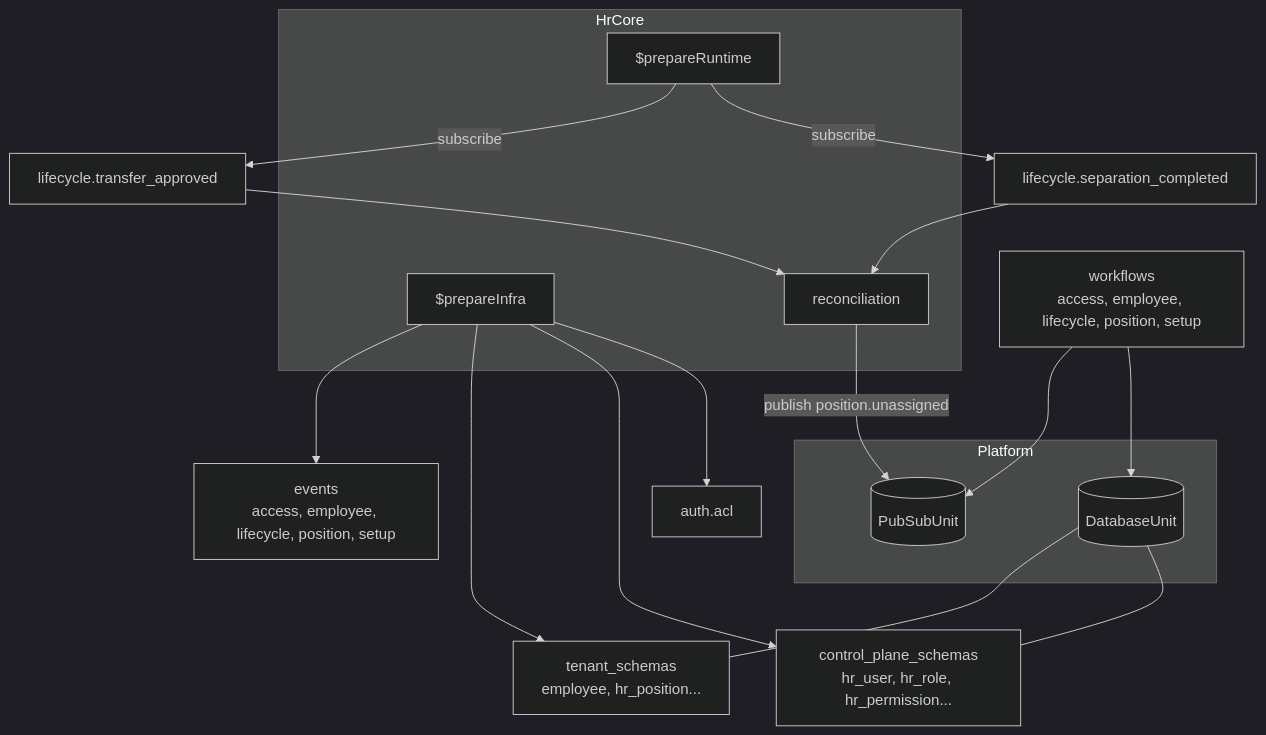
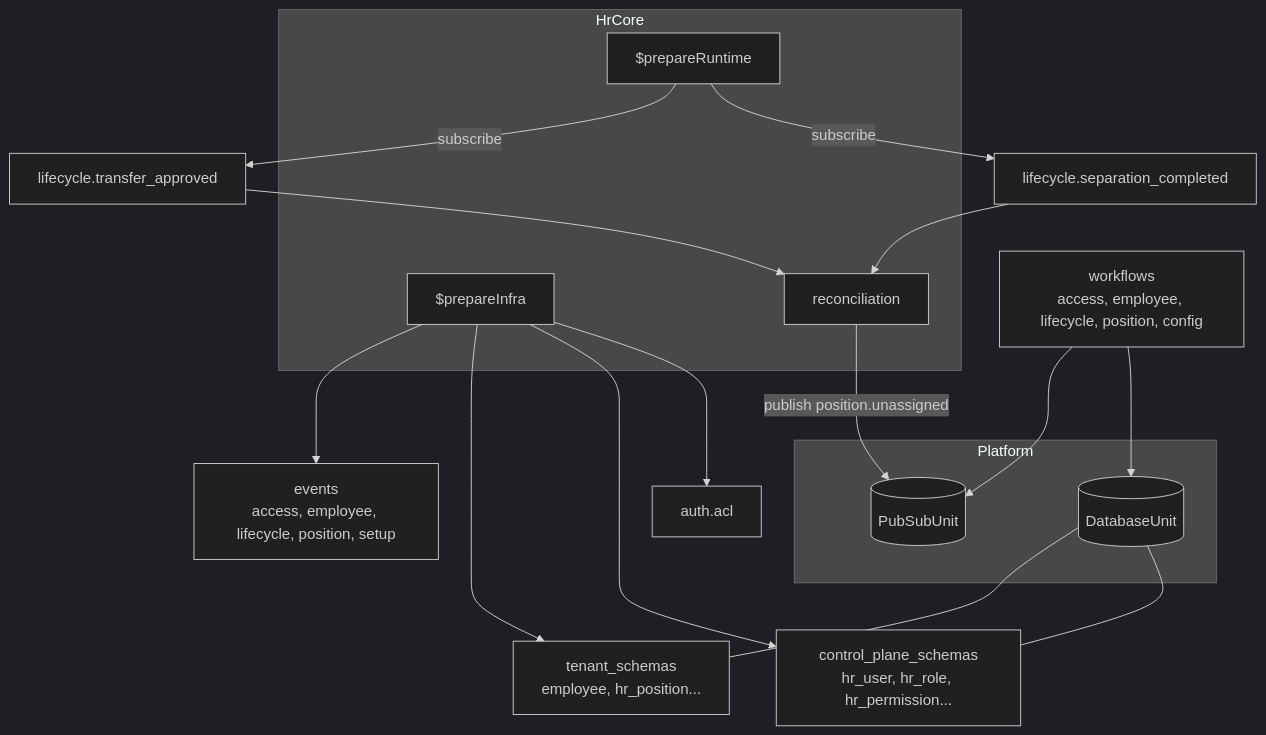
The first of 2 diagrams in packages/hr-core/docs/overview.mdx (AdityaBorkar/aspen-os), drawn with Mermaid (dark theme) before and after one commit. The commit also changed other lines of this file and 87 other files, not shown here.

````diff
--- a/packages/hr-core/docs/overview.mdx
+++ b/packages/hr-core/docs/overview.mdx
@@ -40,29 +40,29 @@
 ```mermaid
 flowchart TB
   subgraph platform[Platform]
     DB[(DatabaseUnit)]
     PS[(PubSubUnit)]
   end
 
   subgraph hrCore[HrCore]
     PI[$prepareInfra]
     PR[$prepareRuntime]
     RC[reconciliation]
   end
 
   PI --> ACL[auth.acl]
   PI --> CP[control_plane_schemas\nhr_user, hr_role, hr_permission...]
   PI --> TS[tenant_schemas\nemployee, hr_position...]
   PI --> EV[events\naccess, employee, lifecycle, position, setup]
 
   PR -->|subscribe| LC_SEP[lifecycle.separation_completed]
   PR -->|subscribe| LC_TR[lifecycle.transfer_approved]
   LC_SEP --> RC -->|publish position.unassigned| PS
   LC_TR --> RC
 
-  HR_CORE_WORKFLOWS[workflows\naccess, employee, lifecycle, position, setup] --> DB
+  HR_CORE_WORKFLOWS[workflows\naccess, employee, lifecycle, position, config] --> DB
   HR_CORE_WORKFLOWS --> PS
 
   DB --- CP
   DB --- TS
 ```
````
